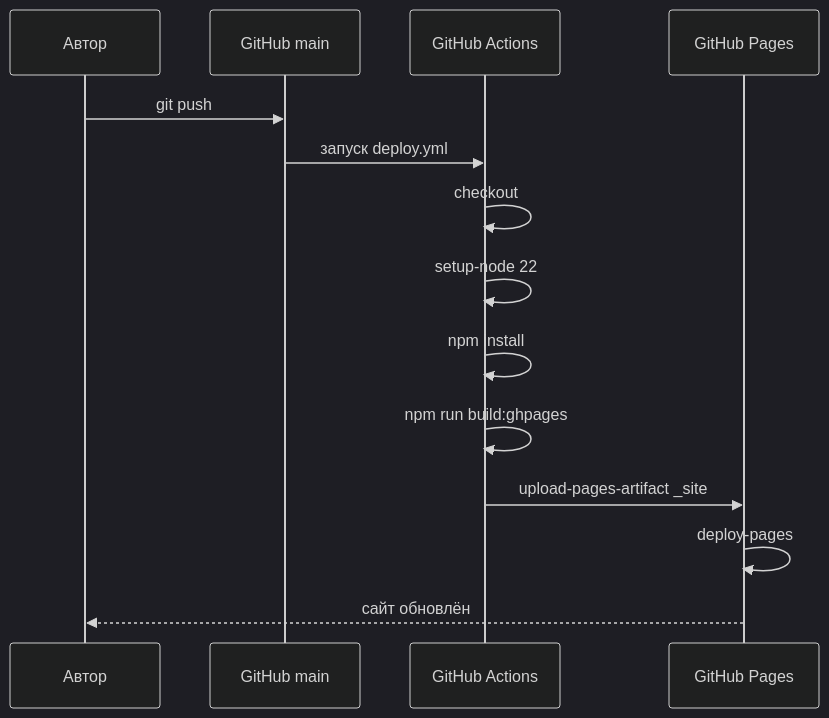
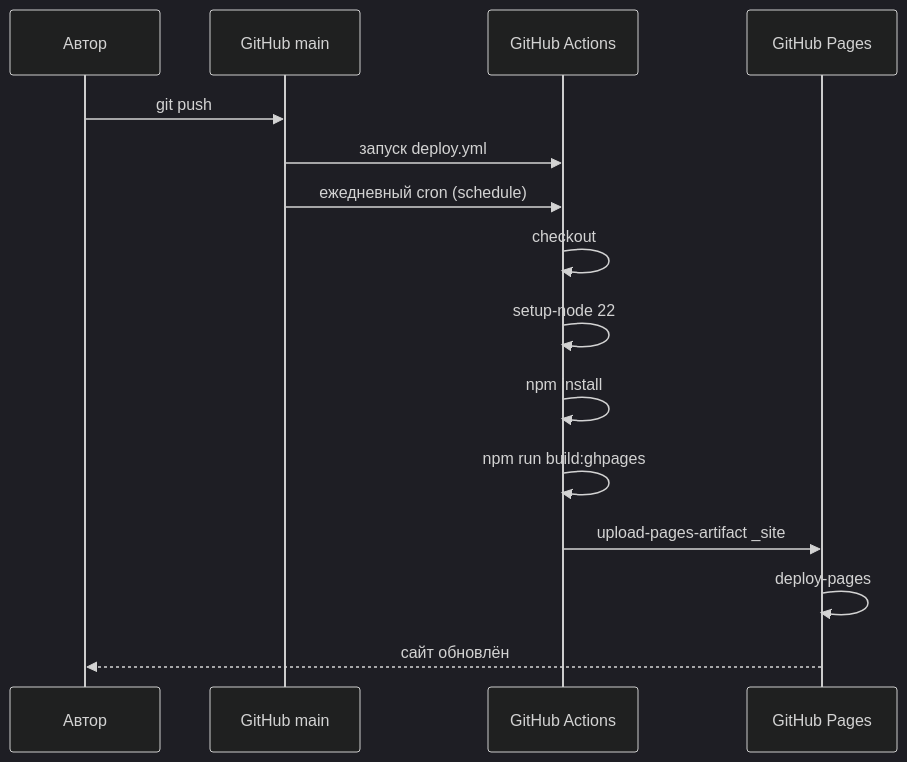
The third of 3 diagrams in docs/analysis.md (maxiller/zyatnin.me), drawn with Mermaid (dark theme) before and after one commit. The commit also changed other lines of this file and 9 other files, not shown here.

````diff
--- a/docs/analysis.md
+++ b/docs/analysis.md
@@ -182,16 +188,17 @@
 ```mermaid
 sequenceDiagram
     participant Dev as Автор
     participant GH as GitHub main
     participant CI as GitHub Actions
     participant Pages as GitHub Pages
     Dev->>GH: git push
     GH->>CI: запуск deploy.yml
+    GH->>CI: ежедневный cron (schedule)
     CI->>CI: checkout
     CI->>CI: setup-node 22
     CI->>CI: npm install
     CI->>CI: npm run build:ghpages
     CI->>Pages: upload-pages-artifact _site
     Pages->>Pages: deploy-pages
     Pages-->>Dev: сайт обновлён
 ```
````
